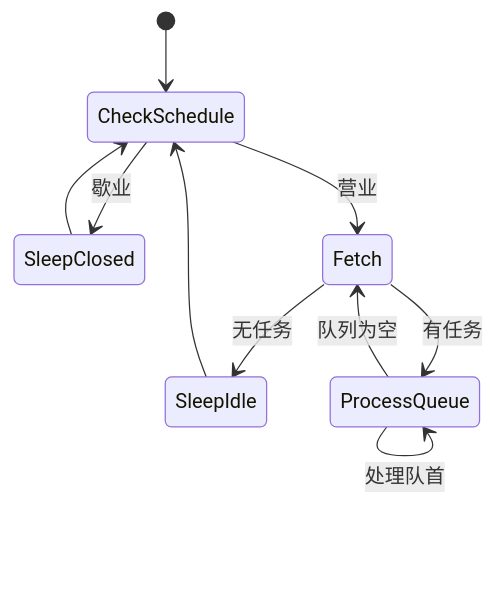
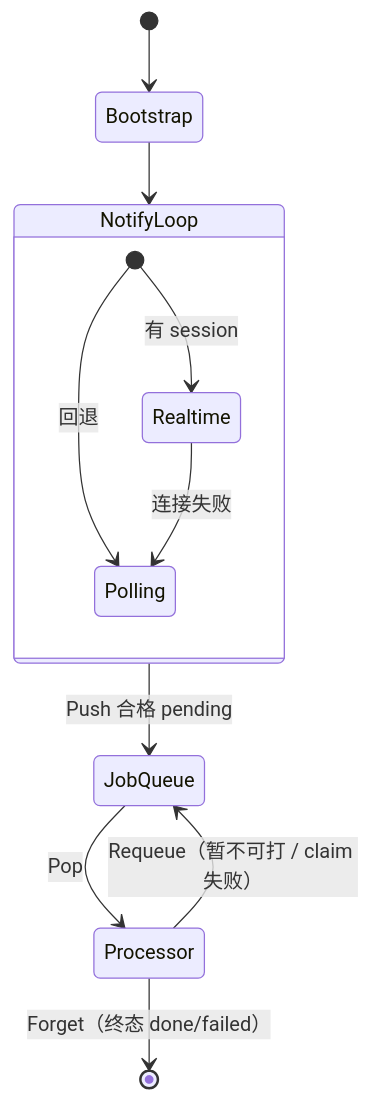
One commit to jianping2024/restaurant-ordering changed the second of 3 diagrams in docs/print-agent-flow.zh.md. Above: the diagram before and after it, drawn with Mermaid. The commit also changed other lines of this file and 17 other files, not shown here.

````diff
--- a/docs/print-agent-flow.zh.md
+++ b/docs/print-agent-flow.zh.md
@@ -262,12 +262,14 @@
 ```mermaid
 stateDiagram-v2
-  [*] --> CheckSchedule
-  CheckSchedule --> SleepClosed: 歇业
-  CheckSchedule --> Fetch: 营业
-  SleepClosed --> CheckSchedule
-  Fetch --> SleepIdle: 无任务
-  Fetch --> ProcessQueue: 有任务
-  ProcessQueue --> ProcessQueue: 处理队首
-  ProcessQueue --> Fetch: 队列为空
-  SleepIdle --> CheckSchedule
+  [*] --> Bootstrap
+  Bootstrap --> NotifyLoop
+  state NotifyLoop {
+    [*] --> Realtime: 有 session
+    [*] --> Polling: 回退
+    Realtime --> Polling: 连接失败
+  }
+  NotifyLoop --> JobQueue: Push 合格 pending
+  JobQueue --> Processor: Pop
+  Processor --> JobQueue: Requeue（暂不可打 / claim 失败）
+  Processor --> [*]: Forget（终态 done/failed）
 ```
````
